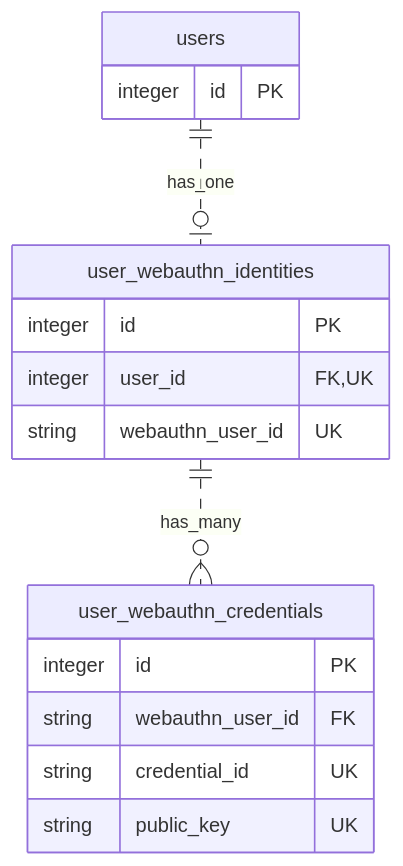
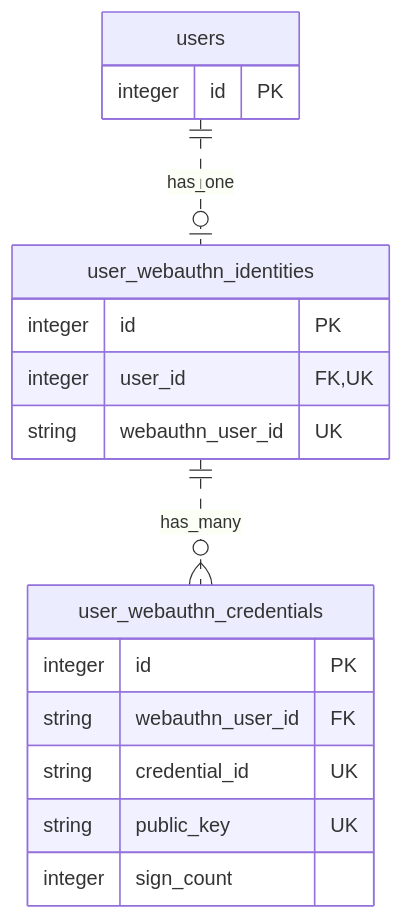
The diagram in doc/design.md (koyo-miyamura/webauthn-rails-api-sample), drawn with Mermaid before and after one commit. The commit also changed other lines of this file and 5 other files, not shown here.

Commit message:
sign_count に対応

````diff
--- a/doc/design.md
+++ b/doc/design.md
@@ -11,22 +11,23 @@
 ```mermaid
 erDiagram
     users ||..o| user_webauthn_identities : has_one
     user_webauthn_identities ||..o{ user_webauthn_credentials : has_many
 
     users {
         integer id PK
     }
 
     user_webauthn_identities {
         integer id PK
         integer user_id FK,UK
         string webauthn_user_id UK
     }
 
     user_webauthn_credentials {
         integer id PK
         string webauthn_user_id FK
         string credential_id UK
         string public_key UK
+        integer sign_count
     }
 ```
````
